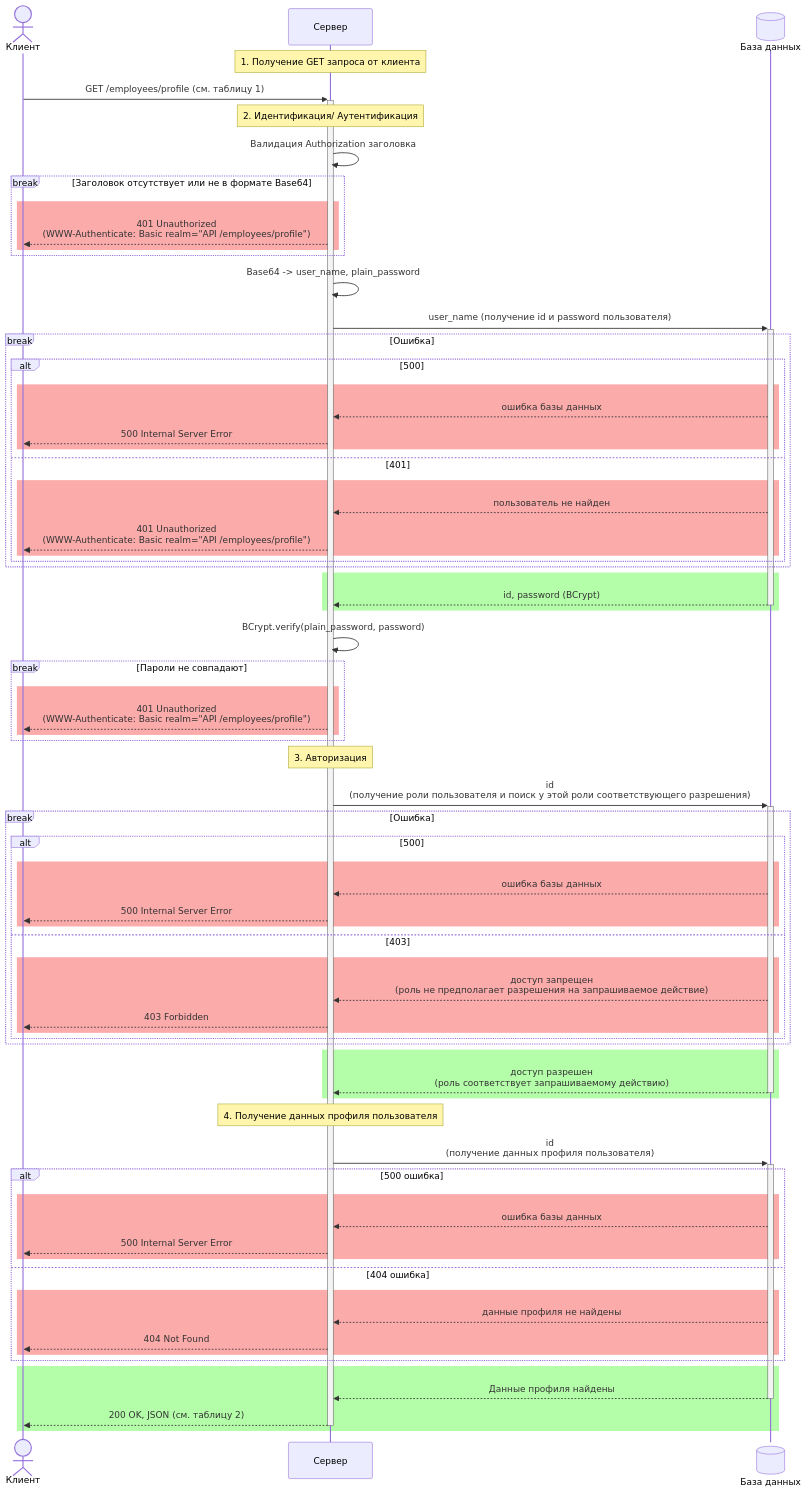
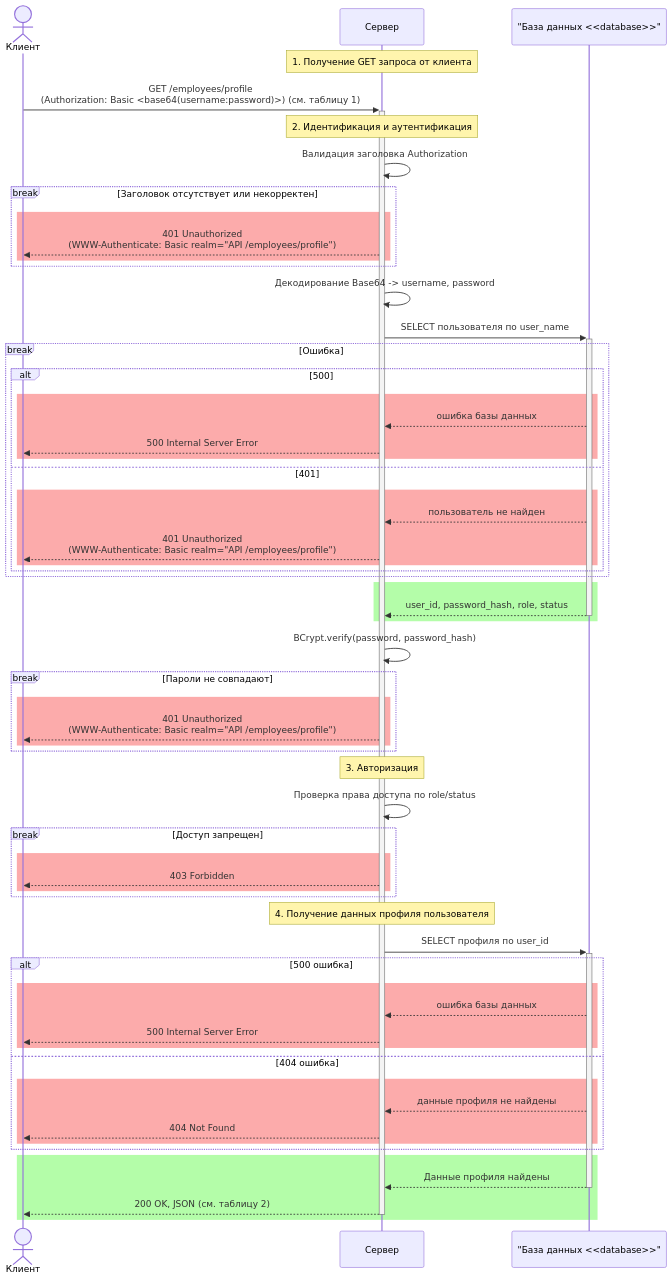
Before and after one commit to NastyaST8896/Sequence-Diagram: the diagram in task-2.md, drawn with Mermaid. The commit also changed other lines of this file and 3 other files, not shown here.

````diff
--- a/task-2.md
+++ b/task-2.md
@@ -75,77 +83,66 @@
 ```mermaid
 sequenceDiagram
 actor C as Клиент
 participant S as Сервер
-participant BD@{ "alias" : "База данных", "type" : "database"}
+participant DB as "База данных <<database>>"
 
 Note over S: 1. Получение GET запроса от клиента
-    C->>+S: GET /employees/profile (см. таблицу 1)
+    C->>+S: GET /employees/profile <br> (Authorization: Basic <base64(username:password)>) (см. таблицу 1)
 
-Note over S: 2. Идентификация/ Аутентификация
-    S->>S: Валидация Authorization заголовка
-    break Заголовок отсутствует или не в формате Base64
+Note over S: 2. Идентификация и аутентификация
+    S->>S: Валидация заголовка Authorization
+    break Заголовок отсутствует или некорректен
         rect rgba(250, 102, 102, 0.55)
             S-->>C: 401 Unauthorized <br> (WWW-Authenticate: Basic realm="API /employees/profile")
         end
     end
-    S->>S: Base64 -> user_name, plain_password
-    S->>+BD: user_name (получение id и password пользователя)
+    S->>S: Декодирование Base64 -> username, password
+    S->>+DB: SELECT пользователя по user_name
     break Ошибка
         alt 500
             rect rgba(250, 102, 102, 0.55)
-                BD-->>S: ошибка базы данных 
+                DB-->>S: ошибка базы данных 
                 S-->>C: 500 Internal Server Error
             end
         else 401
         rect rgba(250, 102, 102, 0.55)
-                BD-->>S: пользователь не найден 
+                DB-->>S: пользователь не найден 
                 S-->>C: 401 Unauthorized <br> (WWW-Authenticate: Basic realm="API /employees/profile")
             end
         end
     end
     rect rgba(117, 252, 96, 0.54)
-        BD-->>-S: id, password (BCrypt)
+        DB-->>-S: user_id, password_hash, role, status
     end
-    S->>S: BCrypt.verify(plain_password, password)
+    S->>S: BCrypt.verify(password, password_hash)
     break Пароли не совпадают
         rect rgba(250, 102, 102, 0.55)
             S-->>C: 401 Unauthorized <br> (WWW-Authenticate: Basic realm="API /employees/profile")
         end
     end
 Note over S: 3. Авторизация
-    S->>+BD: id <br> (получение роли пользователя и поиск у этой роли соответствующего разрешения)
-    break Ошибка
-        alt 500
-            rect rgba(250, 102, 102, 0.55)
-                BD-->>S: ошибка базы данных 
-                S-->>C: 500 Internal Server Error
-            end
-        else 403
+    S->>S: Проверка права доступа по role/status
+    break Доступ запрещен
         rect rgba(250, 102, 102, 0.55)
-                BD-->>S: доступ запрещен <br> (роль не предполагает разрешения на запрашиваемое действие) 
-                S-->>C: 403 Forbidden
-            end
+            S-->>C: 403 Forbidden
         end
-    end
-    rect rgba(117, 252, 96, 0.54)
-        BD-->>-S: доступ разрешен <br> (роль соответствует запрашиваемому действию)
     end
 
 Note over S: 4. Получение данных профиля пользователя
-    S->>+BD: id <br> (получение данных профиля пользователя)
+    S->>+DB: SELECT профиля по user_id
     alt 500 ошибка
         rect rgba(250, 102, 102, 0.55)
-            BD-->>S: ошибка базы данных 
+            DB-->>S: ошибка базы данных 
             S-->>C: 500 Internal Server Error
         end
     else 404 ошибка
         rect rgba(250, 102, 102, 0.55)
-            BD-->>S: данные профиля не найдены
+            DB-->>S: данные профиля не найдены
             S-->>C: 404 Not Found
         end
     end
     rect rgba(117, 252, 96, 0.54)
-        BD-->>-S: Данные профиля найдены
+        DB-->>-S: Данные профиля найдены
         S-->>-C: 200 OK, JSON (см. таблицу 2)
     end
 ```
````
